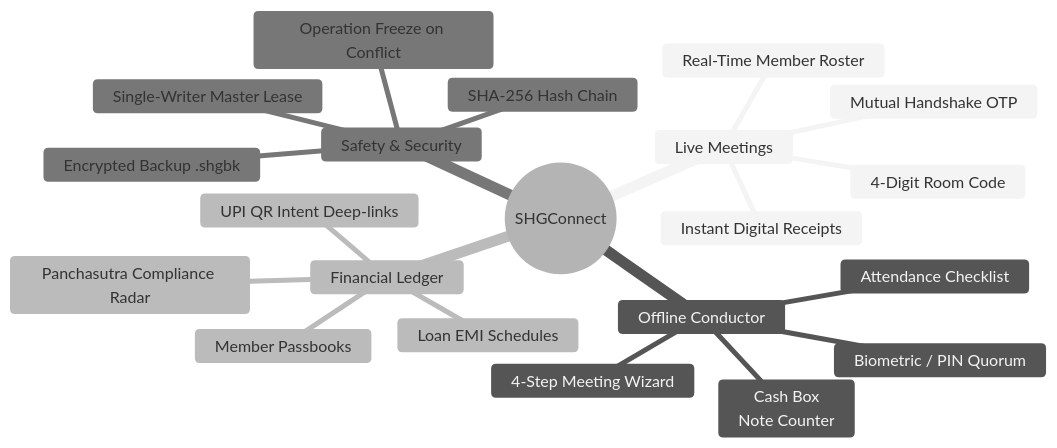
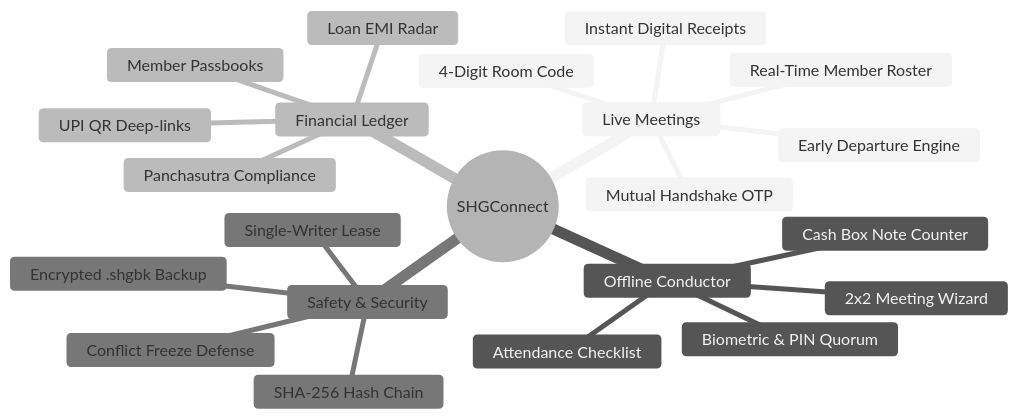
The fifth of 6 diagrams in README.md (AayushRahate07/shg-connect), drawn with Mermaid (neutral theme) before and after one commit. The commit also changed other lines of this file and 1 other file, not shown here.

Commit message:
docs: document live meeting modes, departure edge cases, and ledger safeguards in README

````diff
--- a/README.md
+++ b/README.md
@@ -130,24 +229,25 @@
 ```mermaid
 mindmap
   root((SHGConnect))
     Live Meetings
       4-Digit Room Code
       Real-Time Member Roster
       Mutual Handshake OTP
+      Early Departure Engine
       Instant Digital Receipts
     Offline Conductor
-      4-Step Meeting Wizard
+      2x2 Meeting Wizard
       Attendance Checklist
-      Cash Box<br/>Note Counter
-      Biometric / PIN Quorum
+      Cash Box Note Counter
+      Biometric & PIN Quorum
     Financial Ledger
       Member Passbooks
-      Loan EMI Schedules
-      Panchasutra Compliance Radar
-      UPI QR Intent Deep-links
+      Loan EMI Radar
+      Panchasutra Compliance
+      UPI QR Deep-links
     Safety & Security
       SHA-256 Hash Chain
-      Single-Writer Master Lease
-      Encrypted Backup .shgbk
-      Operation Freeze on Conflict
+      Single-Writer Lease
+      Encrypted .shgbk Backup
+      Conflict Freeze Defense
 ```
````
